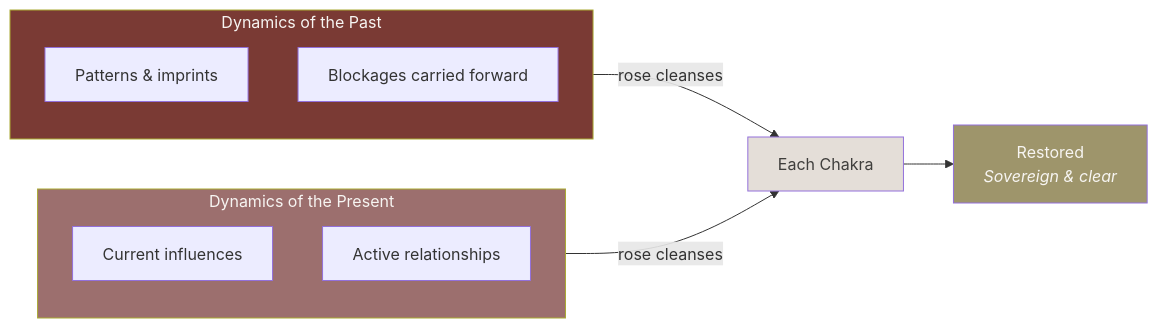
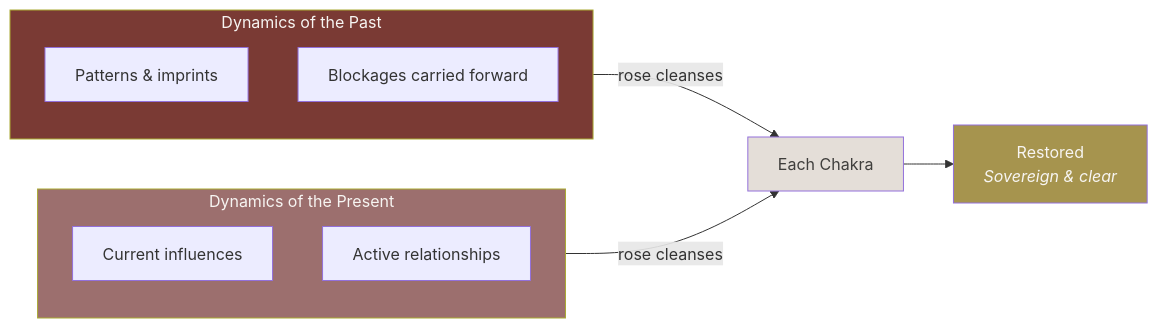
Diagram 15 of 28 in docs/brand-dna.md (Light-Brands/roses-os), drawn with Mermaid before and after one commit. The commit also changed other lines of this file and 1 other file, not shown here.

````diff
--- a/docs/brand-dna.md
+++ b/docs/brand-dna.md
@@ -890,23 +890,23 @@
 ```mermaid
 graph LR
     subgraph PAST["Dynamics of the Past"]
         PP["Patterns & imprints"]
         PB["Blockages carried forward"]
     end
 
     CHAKRA["Each Chakra"]
 
     subgraph PRESENT["Dynamics of the Present"]
         PI["Current influences"]
         PR["Active relationships"]
     end
 
     PAST -->|"rose cleanses"| CHAKRA
     PRESENT -->|"rose cleanses"| CHAKRA
     CHAKRA --> RESTORED["Restored<br/><i>Sovereign & clear</i>"]
 
     style PAST fill:#7A3A34,color:#F7F5F2
     style PRESENT fill:#9C6F6E,color:#F7F5F2
     style CHAKRA fill:#E4DED8,color:#3F3E3C
-    style RESTORED fill:#9E956B,color:#F7F5F2
+    style RESTORED fill:#A6944E,color:#F7F5F2
 ```
````
